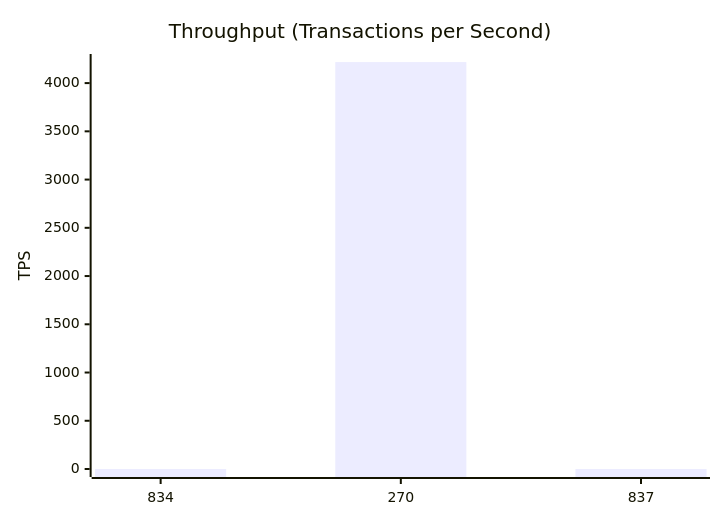
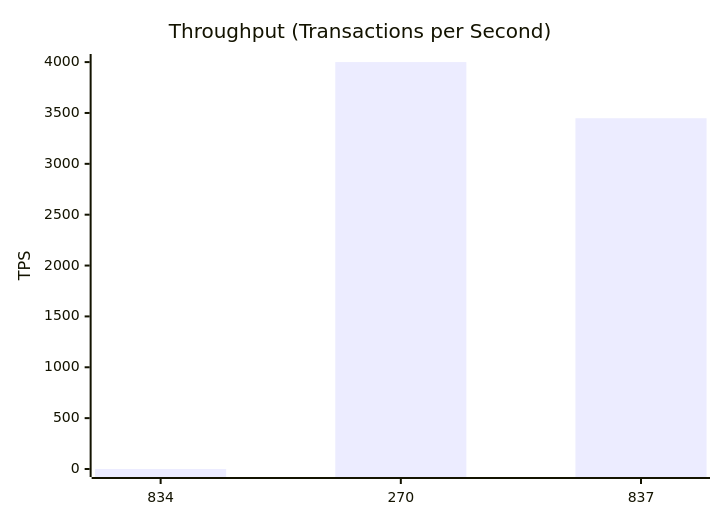
One commit to dhagan-va/intern-2025 changed the second of 10 diagrams in test-tools/DataGen/src/Statistics_Visualizer.md. Above: the diagram before and after it, drawn with Mermaid. The commit also changed other lines of this file and 6 other files, not shown here.

````diff
--- a/test-tools/DataGen/src/Statistics_Visualizer.md
+++ b/test-tools/DataGen/src/Statistics_Visualizer.md
@@ -28,7 +28,7 @@
 ```mermaid
 xychart-beta
     title "Throughput (Transactions per Second)"
     x-axis ["834", "270", "837"]
-    y-axis "TPS" 0 --> 4218.629692113032
-    bar [0.0, 4217.629692113032, 0.0]
+    y-axis "TPS" 0 --> 4001.0
+    bar [0.0, 4000.0, 3448.275862068965]
 ```
````
